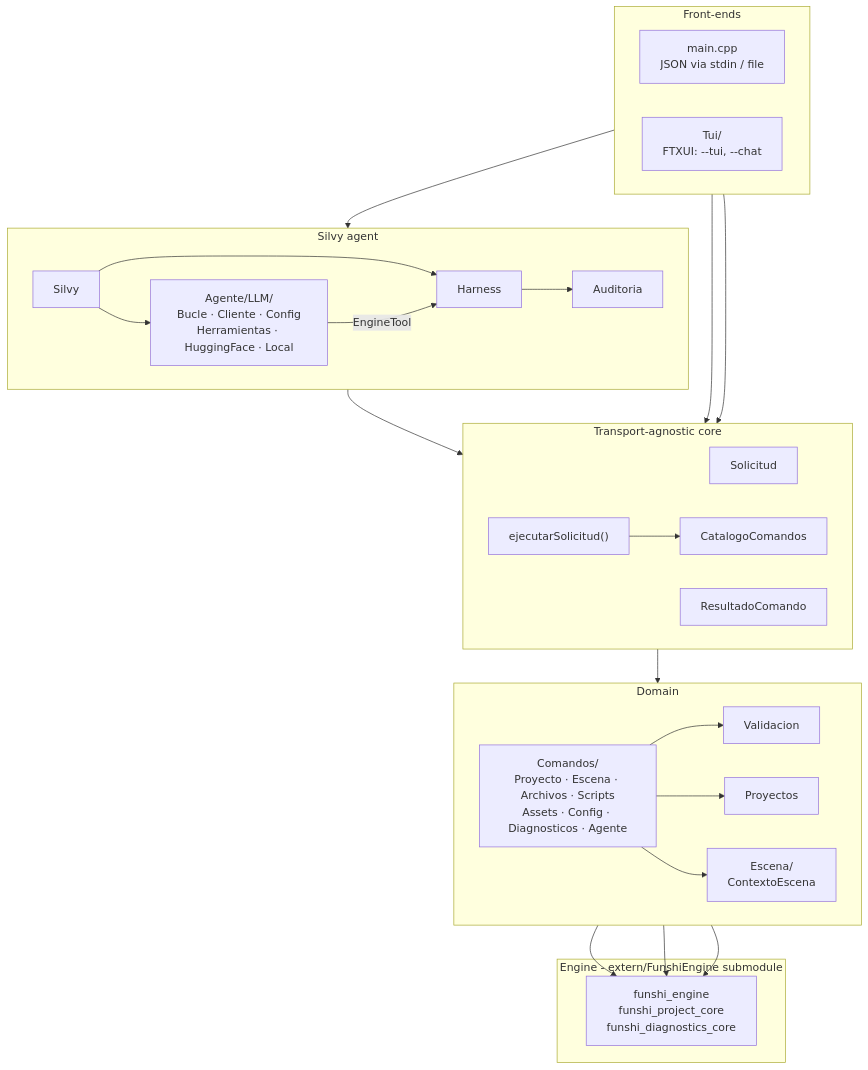
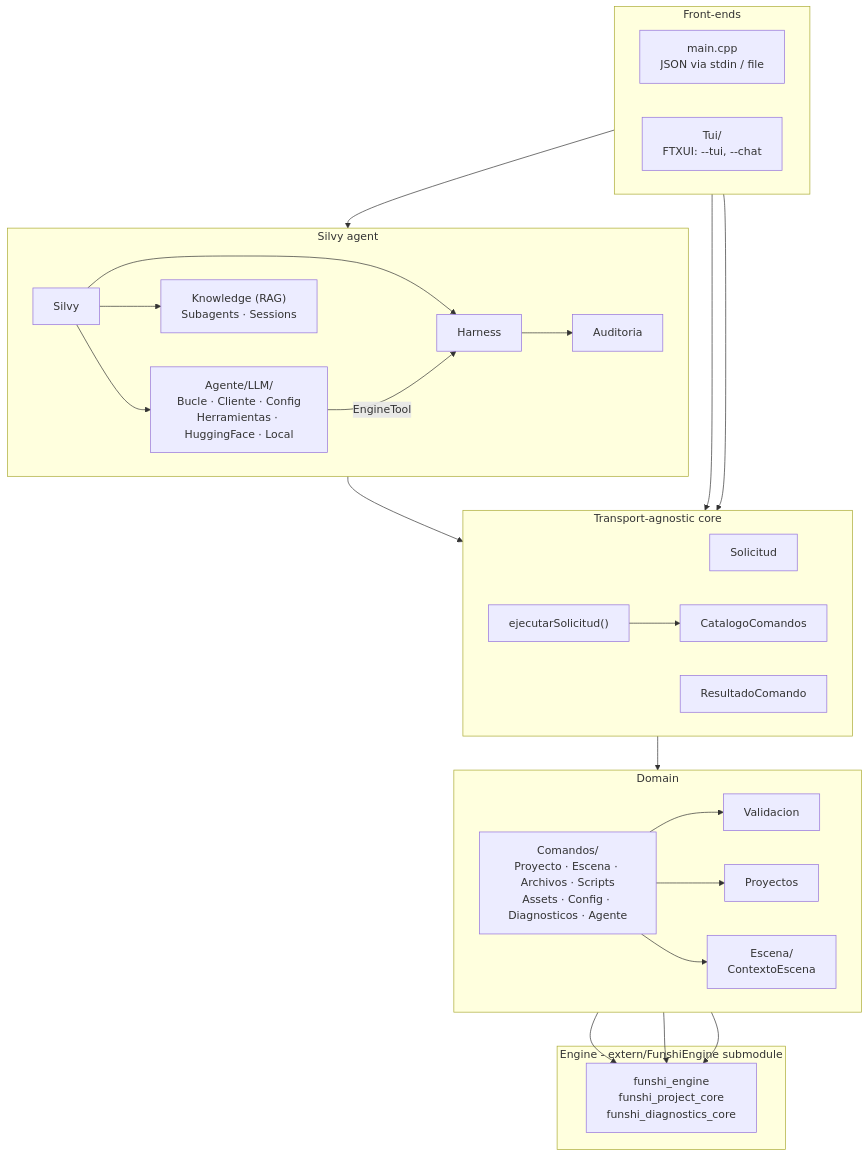
One commit to FunshiEngine/FunshiEngineCLI changed the first of 12 diagrams in doc/uml/ArquitecturaUML.eng.md. Above: the diagram before and after it, drawn with Mermaid. The commit also changed other lines of this file and 8 other files, not shown here.

````diff
--- a/doc/uml/ArquitecturaUML.eng.md
+++ b/doc/uml/ArquitecturaUML.eng.md
@@ -16,53 +16,55 @@
 ```mermaid
 graph TD
     subgraph FRONT [Front-ends]
         direction LR
         MAIN["main.cpp<br/>JSON via stdin / file"]
         TUI["Tui/<br/>FTXUI: --tui, --chat"]
     end
 
     subgraph AGENTE [Silvy agent]
         direction LR
         SILVY[Silvy]
         HARNESS[Harness]
         AUD[Auditoria]
         LLM["Agente/LLM/<br/>Bucle · Cliente · Config<br/>Herramientas · HuggingFace · Local"]
+        CON["Knowledge (RAG)<br/>Subagents · Sessions"]
     end
 
     subgraph NUCLEO [Transport-agnostic core]
         direction LR
         SOL[Solicitud]
         EJ["ejecutarSolicitud()"]
         RES[ResultadoComando]
         CAT[CatalogoComandos]
     end
 
     subgraph DOMINIO [Domain]
         direction LR
         CMD["Comandos/<br/>Proyecto · Escena · Archivos · Scripts<br/>Assets · Config · Diagnosticos · Agente"]
         VAL[Validacion]
         PRY[Proyectos]
         ESC["Escena/<br/>ContextoEscena"]
     end
 
     subgraph MOTOR [Engine - extern/FunshiEngine submodule]
         ENG["funshi_engine<br/>funshi_project_core<br/>funshi_diagnostics_core"]
     end
 
     MAIN --> EJ
     TUI --> EJ
     TUI --> SILVY
     SILVY --> HARNESS
     SILVY --> LLM
+    SILVY --> CON
     LLM -->|EngineTool| HARNESS
     HARNESS --> EJ
     HARNESS --> AUD
     EJ --> CAT
     EJ --> CMD
     CMD --> VAL
     CMD --> PRY
     CMD --> ESC
     PRY --> ENG
     ESC --> ENG
     CMD --> ENG
 ```
````
